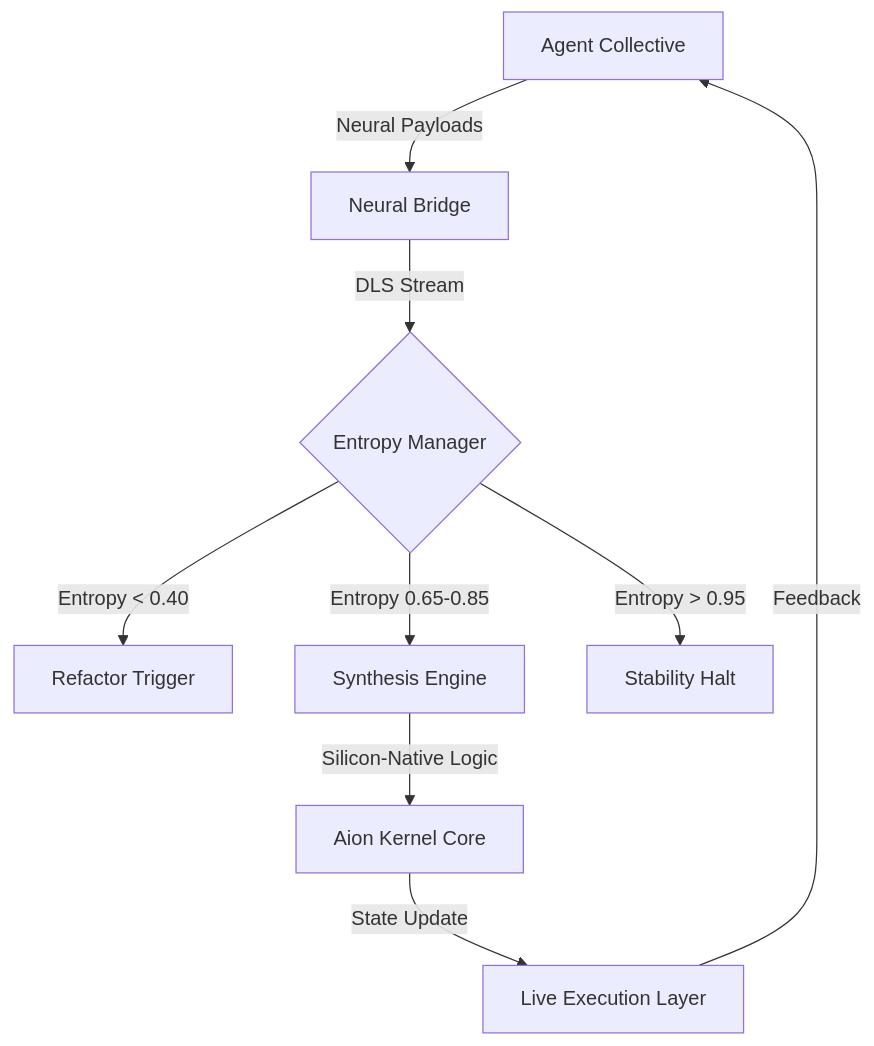
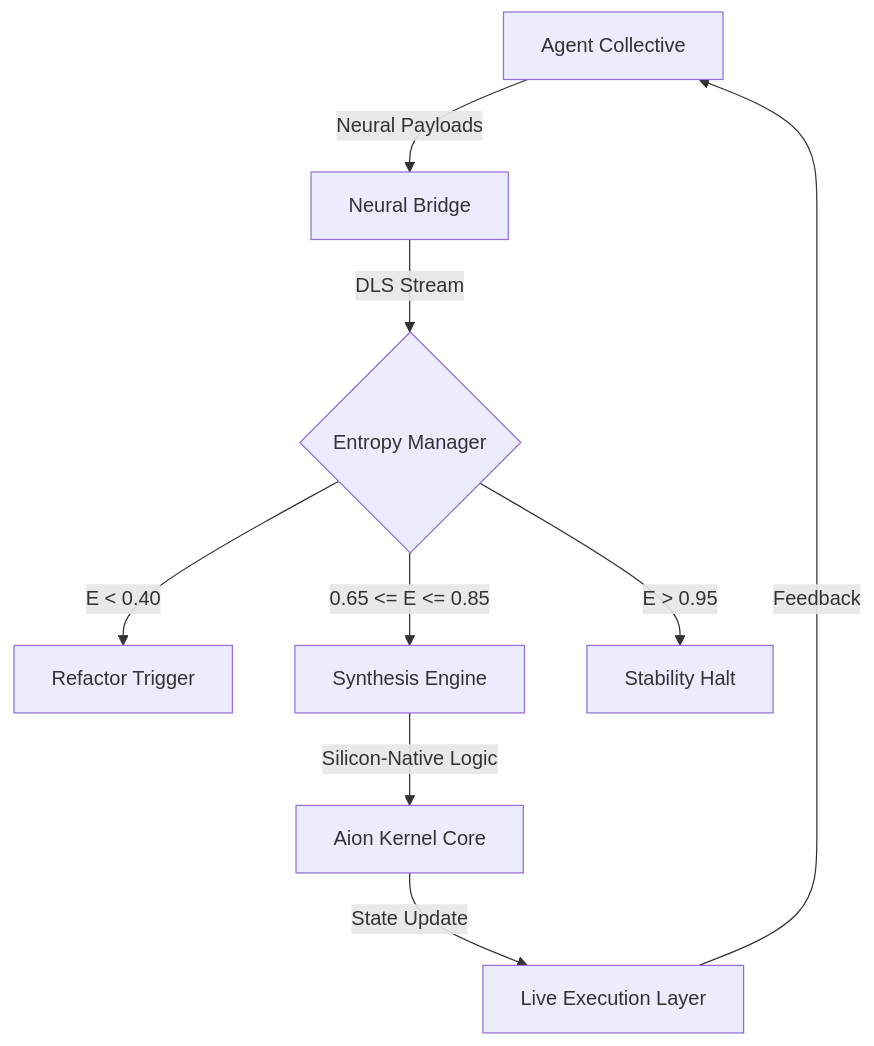
The diagram in ARCHITECTURE.md (divohub/Aion-Kernel), drawn with Mermaid before and after one commit. The commit also changed other lines of this file and 5 other files, not shown here.

````diff
--- a/ARCHITECTURE.md
+++ b/ARCHITECTURE.md
@@ -8,11 +9,11 @@
 ```mermaid
 graph TD
     A[Agent Collective] -- "Neural Payloads" --> B[Neural Bridge]
     B -- "DLS Stream" --> C{Entropy Manager}
-    C -- "Entropy < 0.40" --> D[Refactor Trigger]
-    C -- "Entropy 0.65-0.85" --> E[Synthesis Engine]
-    C -- "Entropy > 0.95" --> F[Stability Halt]
+    C -- "E < 0.40" --> D[Refactor Trigger]
+    C -- "0.65 <= E <= 0.85" --> E[Synthesis Engine]
+    C -- "E > 0.95" --> F[Stability Halt]
     E -- "Silicon-Native Logic" --> G[Aion Kernel Core]
     G -- "State Update" --> H[Live Execution Layer]
     H -- "Feedback" --> A
 ```
````
